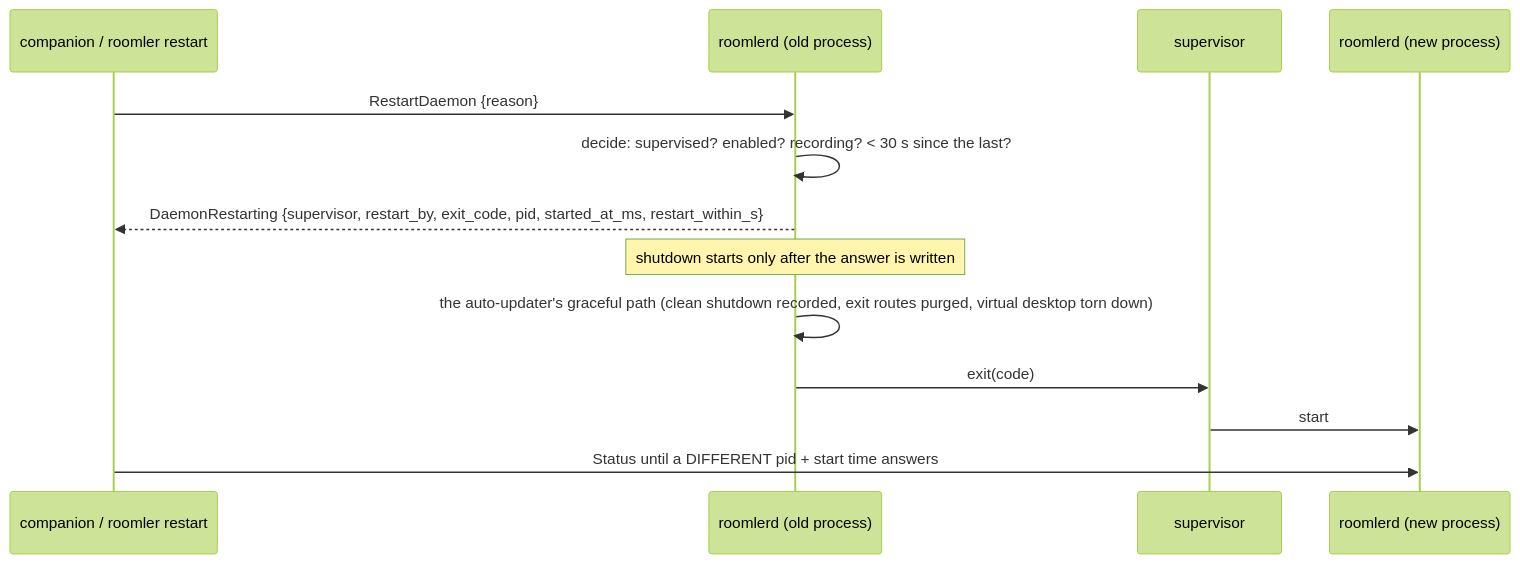
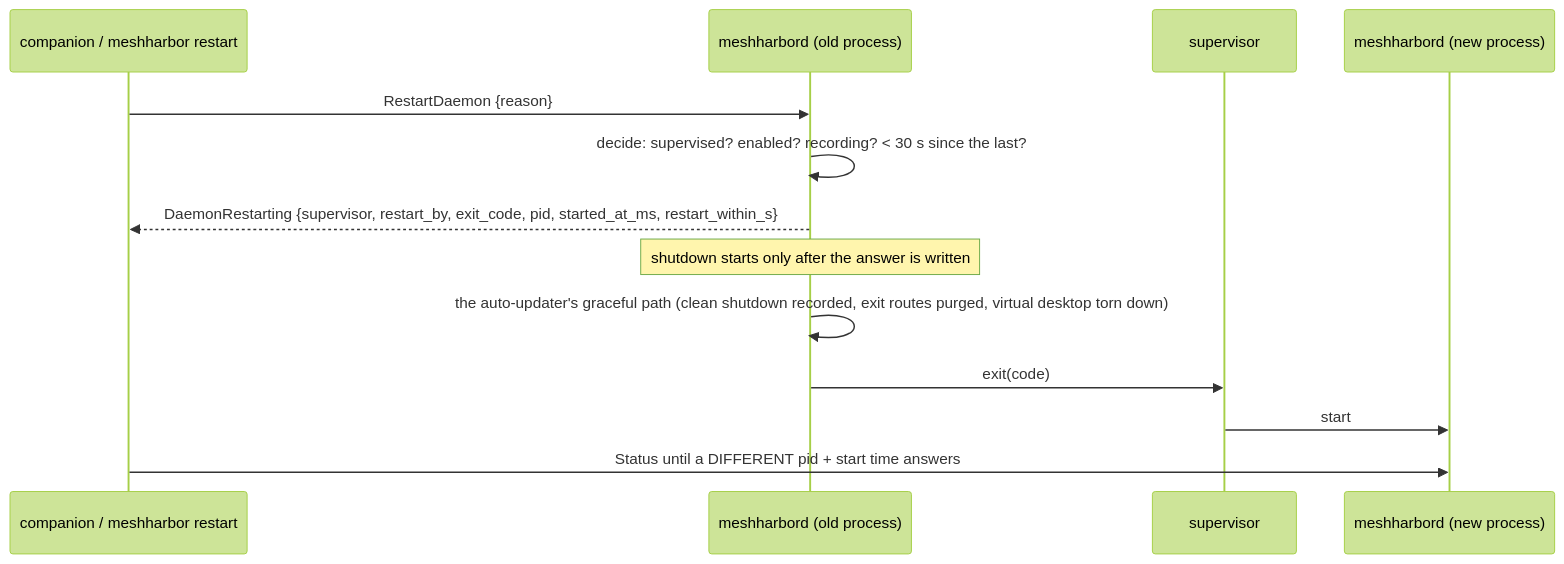
The sixth of 12 diagrams in docs/desktop-companion.md (jk-zhang-meta/MeshHarbor), drawn with Mermaid (forest theme) before and after one commit. The commit also changed other lines of this file and 682 other files, not shown here.

````diff
--- a/docs/desktop-companion.md
+++ b/docs/desktop-companion.md
@@ -330,15 +330,15 @@
 ```mermaid
 sequenceDiagram
-    participant C as companion / roomler restart
-    participant D as roomlerd (old process)
+    participant C as companion / meshharbor restart
+    participant D as meshharbord (old process)
     participant S as supervisor
-    participant N as roomlerd (new process)
+    participant N as meshharbord (new process)
     C->>D: RestartDaemon {reason}
     D->>D: decide: supervised? enabled? recording? < 30 s since the last?
     D-->>C: DaemonRestarting {supervisor, restart_by, exit_code, pid, started_at_ms, restart_within_s}
     Note over D: shutdown starts only after the answer is written
     D->>D: the auto-updater's graceful path (clean shutdown recorded, exit routes purged, virtual desktop torn down)
     D->>S: exit(code)
     S->>N: start
     C->>N: Status until a DIFFERENT pid + start time answers
 ```
````
